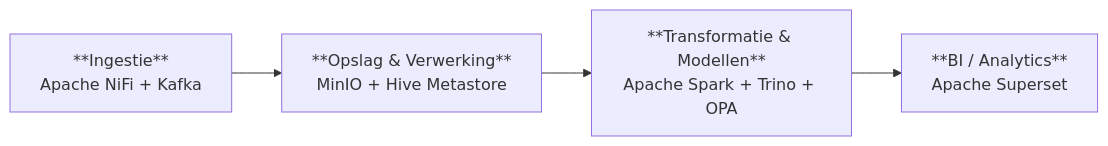
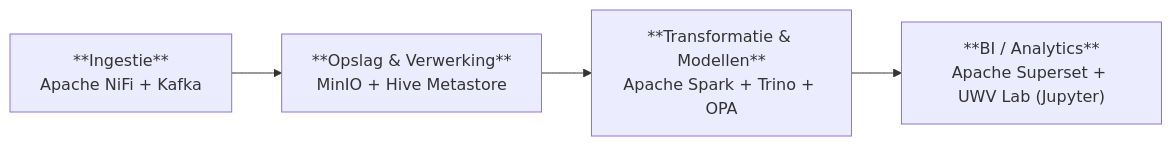
Before and after one commit to fresh-minds/FreshStackableDataPlatform: the diagram in docs/architectuur/index.md, drawn with Mermaid. The commit also changed other lines of this file and 36 other files, not shown here.

````diff
--- a/docs/architectuur/index.md
+++ b/docs/architectuur/index.md
@@ -19,10 +19,10 @@
 ```mermaid
 flowchart LR
     ingestion["**Ingestie**<br/>Apache NiFi + Kafka"]
     storage["**Opslag & Verwerking**<br/>MinIO + Hive Metastore"]
     transformation["**Transformatie & Modellen**<br/>Apache Spark + Trino + OPA"]
-    consumption["**BI / Analytics**<br/>Apache Superset"]
+    consumption["**BI / Analytics**<br/>Apache Superset + UWV Lab (Jupyter)"]
     ingestion --> storage
     storage --> transformation
     transformation --> consumption
 ```
````
